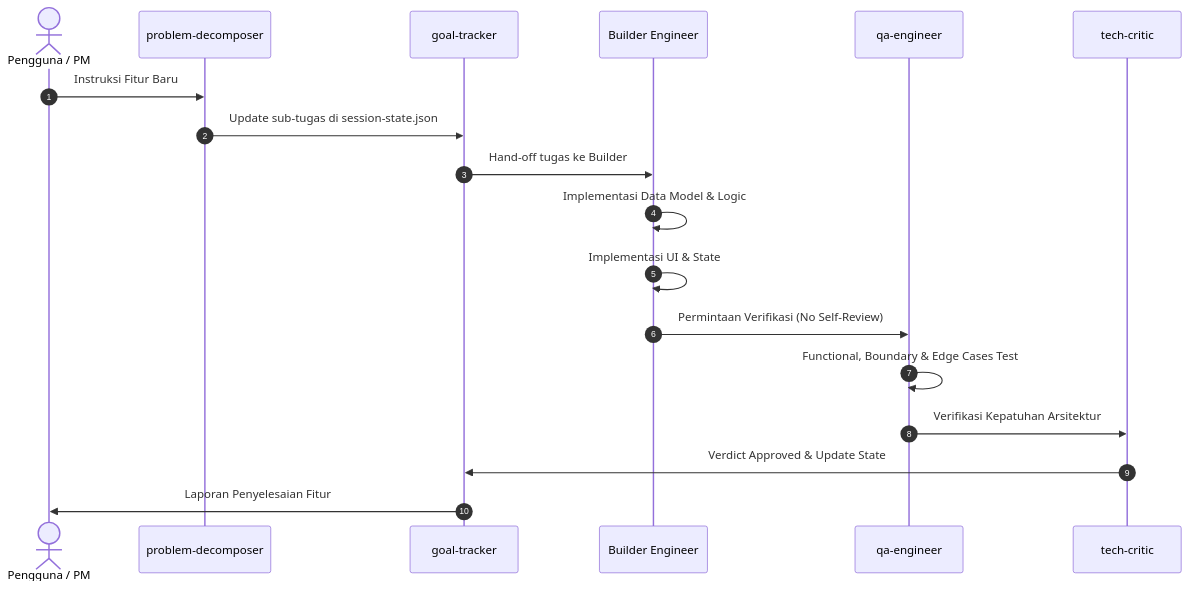
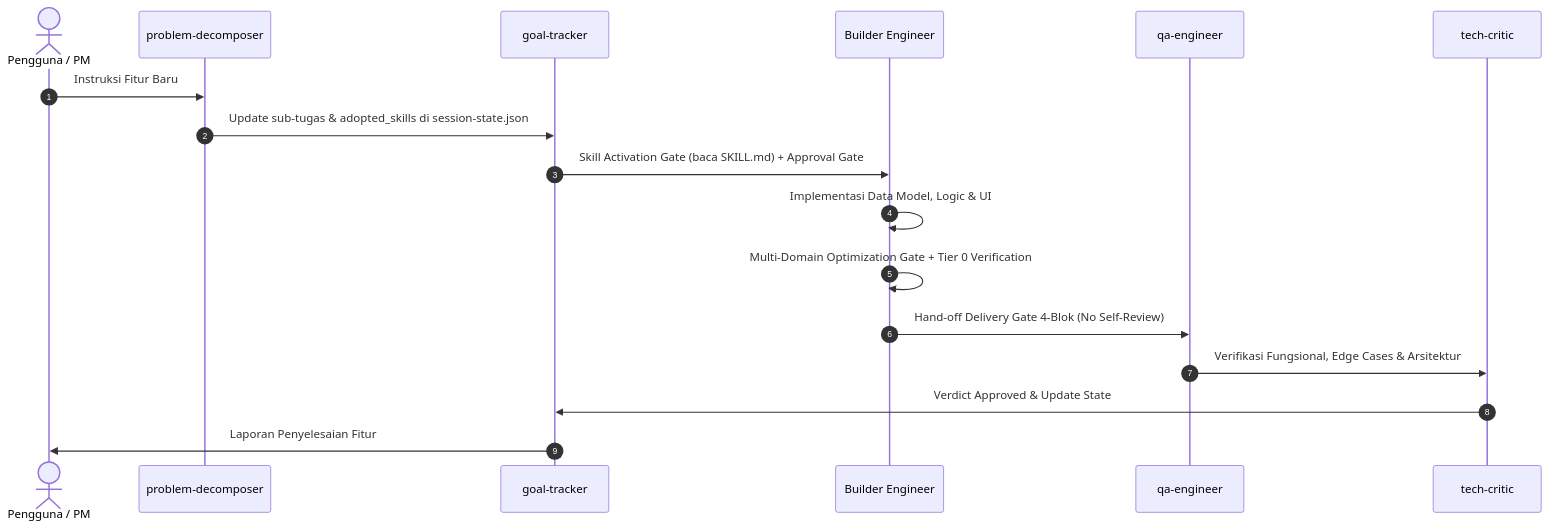
The diagram in 05-spoke-template/workflows/new-feature-lifecycle.md (AhmadArifff/agentic-ai-skill), drawn with Mermaid before and after one commit. The commit also changed other lines of this file and 28 other files, not shown here.

````diff
--- a/05-spoke-template/workflows/new-feature-lifecycle.md
+++ b/05-spoke-template/workflows/new-feature-lifecycle.md
@@ -9,21 +9,20 @@
 ```mermaid
 sequenceDiagram
     autonumber
     actor User as Pengguna / PM
     participant Decomposer as problem-decomposer
     participant Tracker as goal-tracker
     participant Builder as Builder Engineer
     participant QA as qa-engineer
     participant Critic as tech-critic
 
     User->>Decomposer: Instruksi Fitur Baru
-    Decomposer->>Tracker: Update sub-tugas di session-state.json
-    Tracker->>Builder: Hand-off tugas ke Builder
-    Builder->>Builder: Implementasi Data Model & Logic
-    Builder->>Builder: Implementasi UI & State
-    Builder->>QA: Permintaan Verifikasi (No Self-Review)
-    QA->>QA: Functional, Boundary & Edge Cases Test
-    QA->>Critic: Verifikasi Kepatuhan Arsitektur
+    Decomposer->>Tracker: Update sub-tugas & adopted_skills di session-state.json
+    Tracker->>Builder: Skill Activation Gate (baca SKILL.md) + Approval Gate
+    Builder->>Builder: Implementasi Data Model, Logic & UI
+    Builder->>Builder: Multi-Domain Optimization Gate + Tier 0 Verification
+    Builder->>QA: Hand-off Delivery Gate 4-Blok (No Self-Review)
+    QA->>Critic: Verifikasi Fungsional, Edge Cases & Arsitektur
     Critic->>Tracker: Verdict Approved & Update State
     Tracker->>User: Laporan Penyelesaian Fitur
 ```
````
